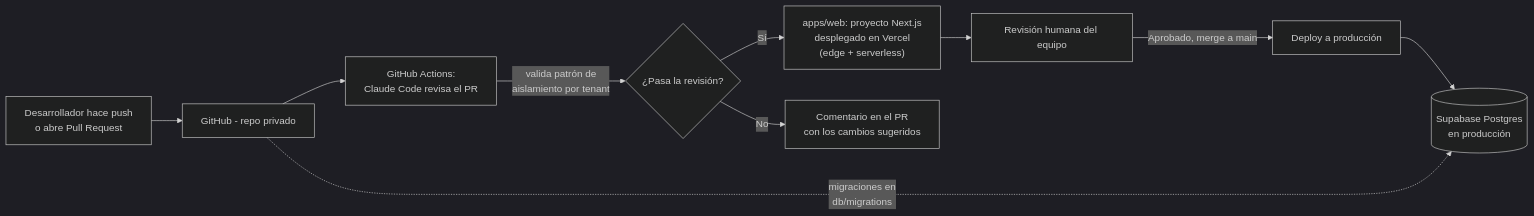
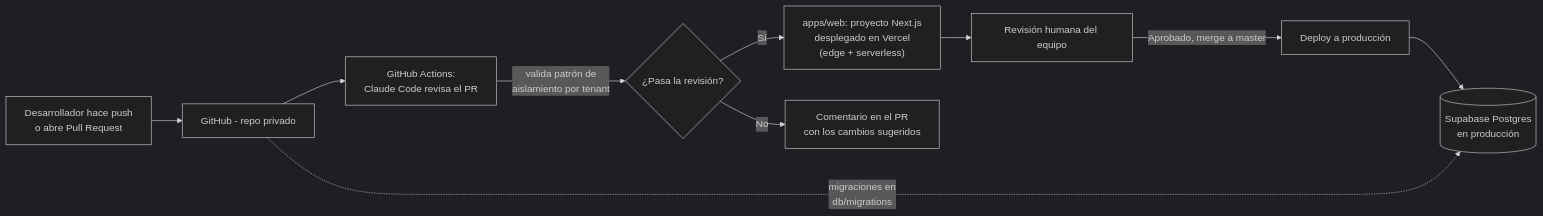
One commit to spradot-avantia/avantia changed the second of 2 diagrams in docs/arquitectura/Avantia_Estructura_Codigo_Arquitectura.md. Above: the diagram before and after it, drawn with Mermaid (dark theme). The commit also changed 2 other files, not shown here.

Commit message:
Corregir la rama productiva a master en CLAUDE.md y la arquitectura, y cerrar B-08
La rama que despliega a producción es master, no main; main solo tiene el commit
inicial. Con eso, el bloqueo B-08 (historias distintas entre main y dev) deja de
aplicar: dev desciende de master y se integra por avance rápido o PR.

````diff
--- a/docs/arquitectura/Avantia_Estructura_Codigo_Arquitectura.md
+++ b/docs/arquitectura/Avantia_Estructura_Codigo_Arquitectura.md
@@ -162,12 +162,12 @@
 ```mermaid
 graph LR
     A[Desarrollador hace push\no abre Pull Request] --> B[GitHub - repo privado]
     B --> C["GitHub Actions:\nClaude Code revisa el PR"]
     C -->|"valida patrón de\naislamiento por tenant"| D{"¿Pasa la revisión?"}
     D -->|Sí| E["apps/web: proyecto Next.js\ndesplegado en Vercel\n(edge + serverless)"]
     D -->|No| F[Comentario en el PR\ncon los cambios sugeridos]
     E --> G[Revisión humana del equipo]
-    G -->|Aprobado, merge a main| H[Deploy a producción]
+    G -->|Aprobado, merge a master| H[Deploy a producción]
     H --> I[("Supabase Postgres\nen producción")]
     B -.->|"migraciones en\ndb/migrations"| I
 ```
````
